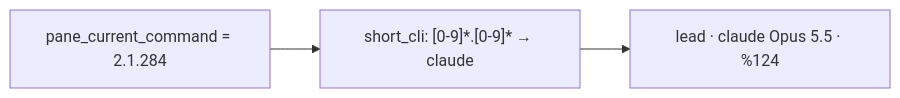
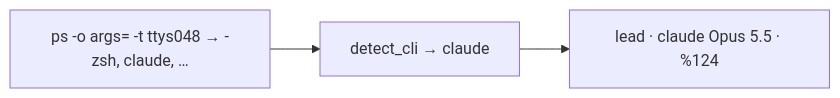
One commit to mifwar/crew changed the diagram in lode/agents/claude.md. Above: the diagram before and after it, drawn with Mermaid. The commit also changed other lines of this file and 24 other files, not shown here.

````diff
--- a/lode/agents/claude.md
+++ b/lode/agents/claude.md
@@ -26,4 +28,4 @@
 ```mermaid
 flowchart LR
-  pcc["pane_current_command = 2.1.284"] --> sc["short_cli: [0-9]*.[0-9]* → claude"] --> label["lead · claude Opus 5.5 · %124"]
+  ps["ps -o args= -t ttys048 → -zsh, claude, …"] --> dc["detect_cli → claude"] --> label["lead · claude Opus 5.5 · %124"]
 ```
````
